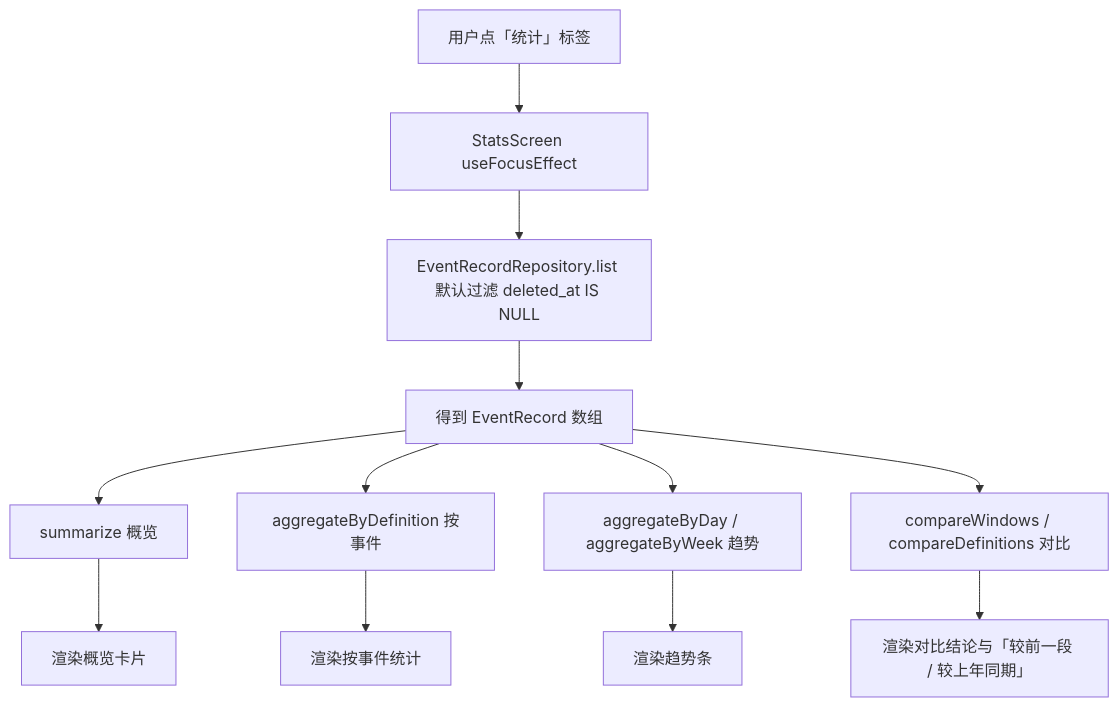
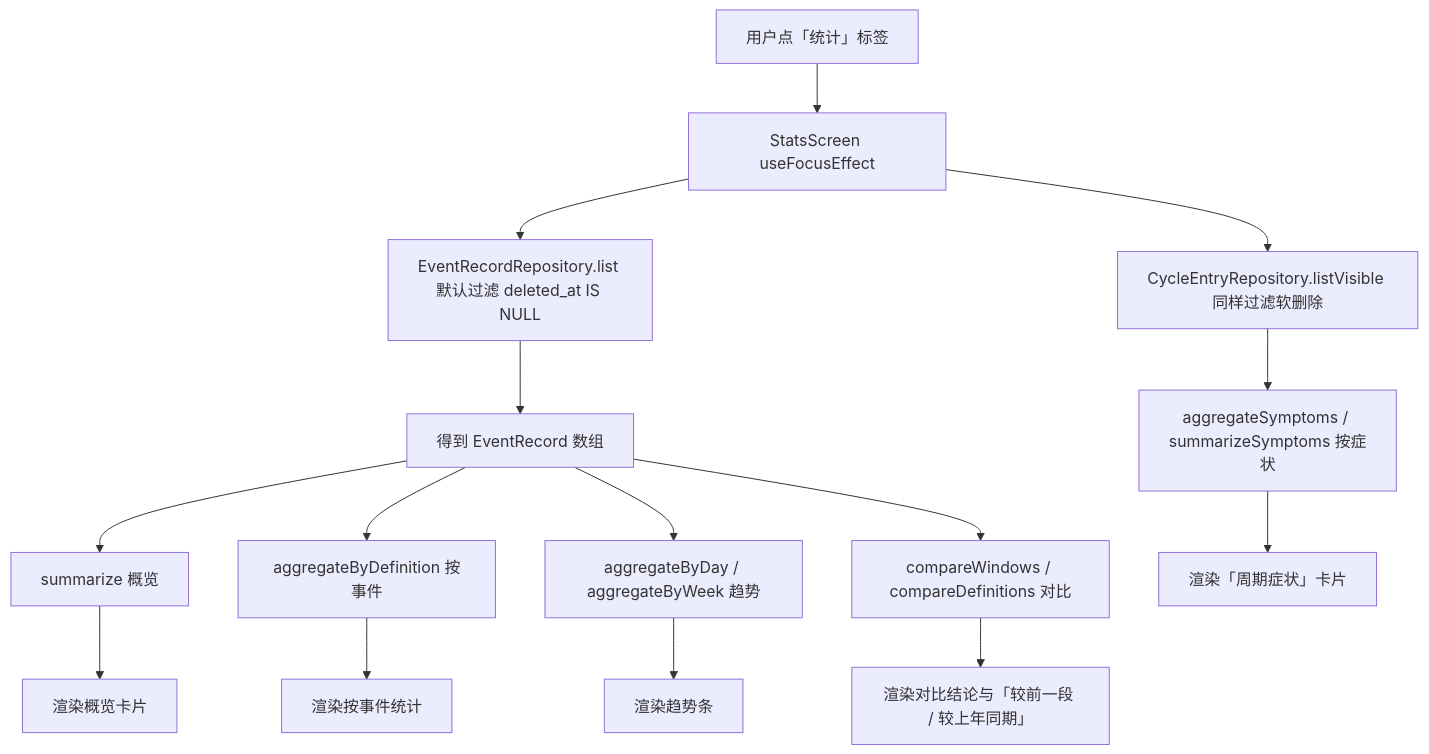
The diagram in docs/learning/12-statistics.md (QinSa-Dev/LifeTrack), drawn with Mermaid before and after one commit. The commit also changed other lines of this file and 5 other files, not shown here.

First line of the commit message:
同步文档：周期月视图 + 按症状统计

````diff
--- a/docs/learning/12-statistics.md
+++ b/docs/learning/12-statistics.md
@@ -413,14 +480,17 @@
 ```mermaid
 flowchart TD
   A[用户点「统计」标签] --> B[StatsScreen useFocusEffect]
   B --> C[EventRecordRepository.list 默认过滤 deleted_at IS NULL]
+  B --> N[CycleEntryRepository.listVisible 同样过滤软删除]
   C --> D[得到 EventRecord 数组]
   D --> E[summarize 概览]
   D --> F[aggregateByDefinition 按事件]
   D --> G[aggregateByDay / aggregateByWeek 趋势]
   D --> K[compareWindows / compareDefinitions 对比]
+  N --> S[aggregateSymptoms / summarizeSymptoms 按症状]
   E --> H[渲染概览卡片]
   F --> I[渲染按事件统计]
   G --> J[渲染趋势条]
   K --> L[渲染对比结论与「较前一段 / 较上年同期」]
+  S --> M[渲染「周期症状」卡片]
 ```
````
